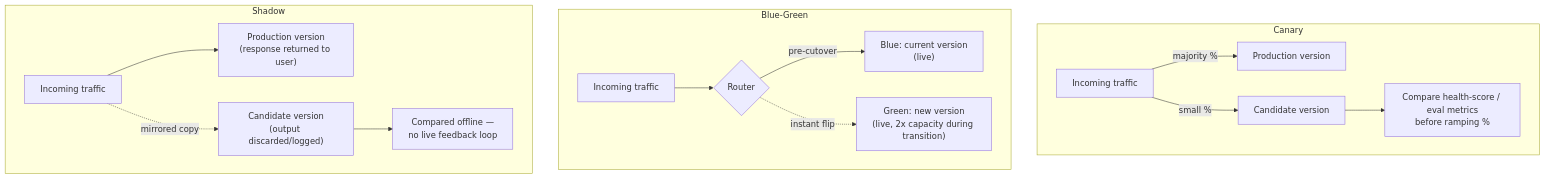
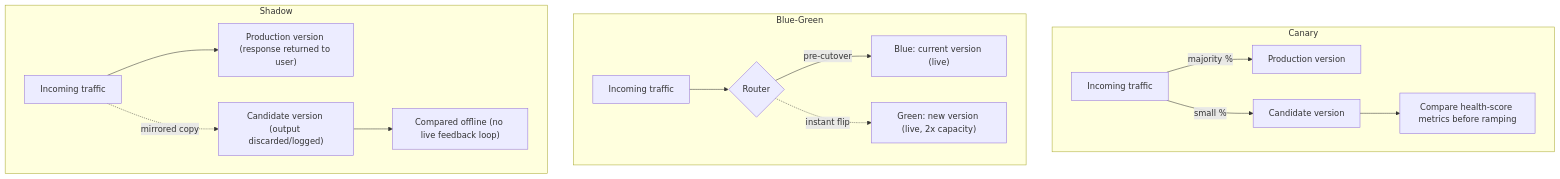
One commit to dsgouda7/ai-portfolio changed the second of 4 diagrams in learning/agentic-ai-system-design/02-agent-lifecycle-and-runtime.md. Above: the diagram before and after it, drawn with Mermaid. The commit also changed other lines of this file and 11 other files, not shown here.

````diff
--- a/learning/agentic-ai-system-design/02-agent-lifecycle-and-runtime.md
+++ b/learning/agentic-ai-system-design/02-agent-lifecycle-and-runtime.md
@@ -131,20 +131,20 @@
 ```mermaid
 flowchart TD
     subgraph Canary["Canary"]
         C1[Incoming traffic] -->|majority %| C2[Production version]
         C1 -->|small %| C3[Candidate version]
-        C3 --> C4["Compare health-score / eval metrics\nbefore ramping %"]
+        C3 --> C4["Compare health-score metrics before ramping"]
     end
 
     subgraph BlueGreen["Blue-Green"]
         B1[Incoming traffic] --> B2{Router}
-        B2 -->|pre-cutover| B3["Blue: current version\n(live)"]
-        B2 -.->|instant flip| B4["Green: new version\n(live, 2x capacity during transition)"]
+        B2 -->|pre-cutover| B3["Blue: current version (live)"]
+        B2 -.->|instant flip| B4["Green: new version (live, 2x capacity)"]
     end
 
     subgraph Shadow["Shadow"]
-        S1[Incoming traffic] --> S2["Production version\n(response returned to user)"]
-        S1 -.->|mirrored copy| S3["Candidate version\n(output discarded/logged)"]
-        S3 --> S4["Compared offline —\nno live feedback loop"]
+        S1[Incoming traffic] --> S2["Production version (response returned to user)"]
+        S1 -.->|mirrored copy| S3["Candidate version (output discarded/logged)"]
+        S3 --> S4["Compared offline (no live feedback loop)"]
     end
 ```
````
